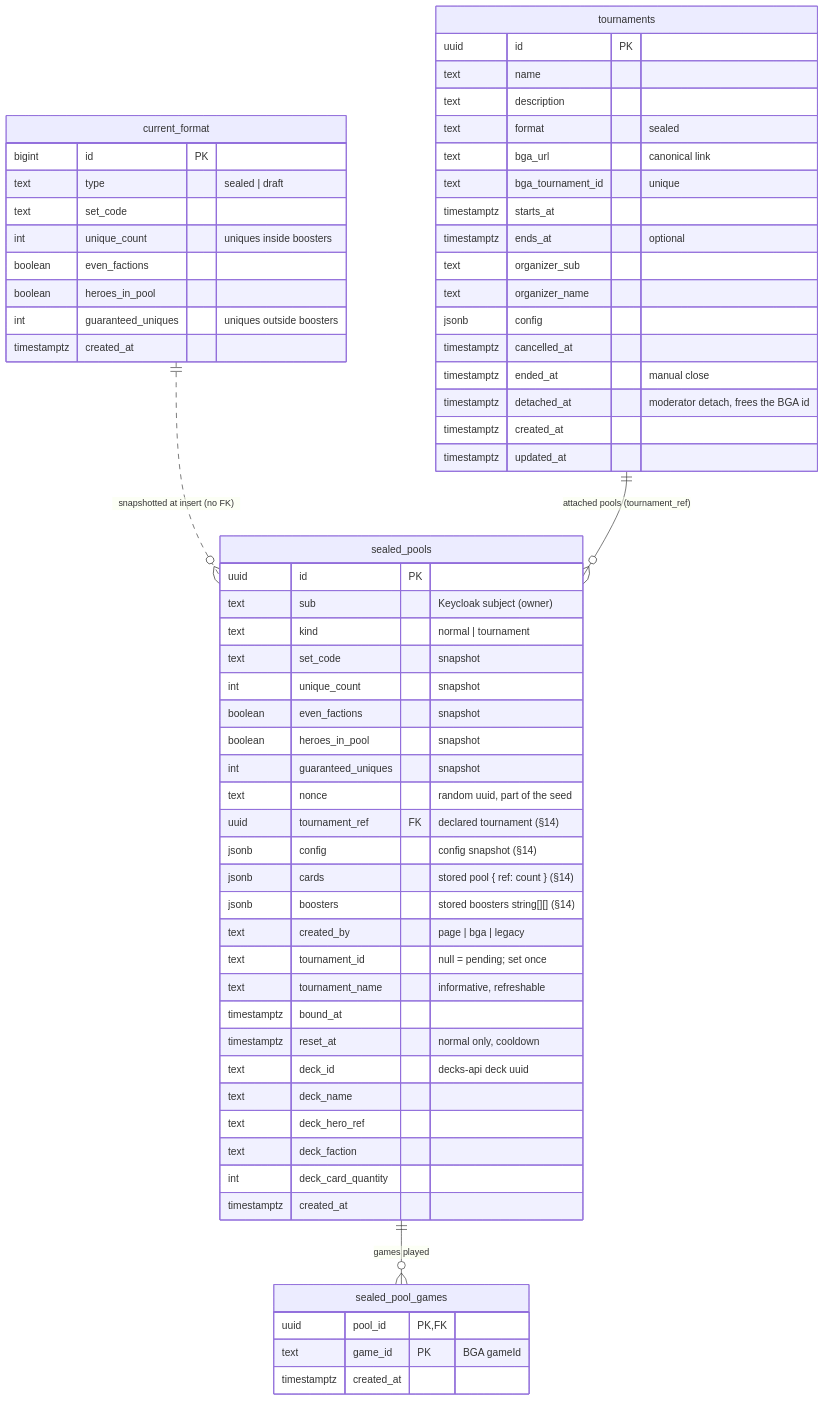
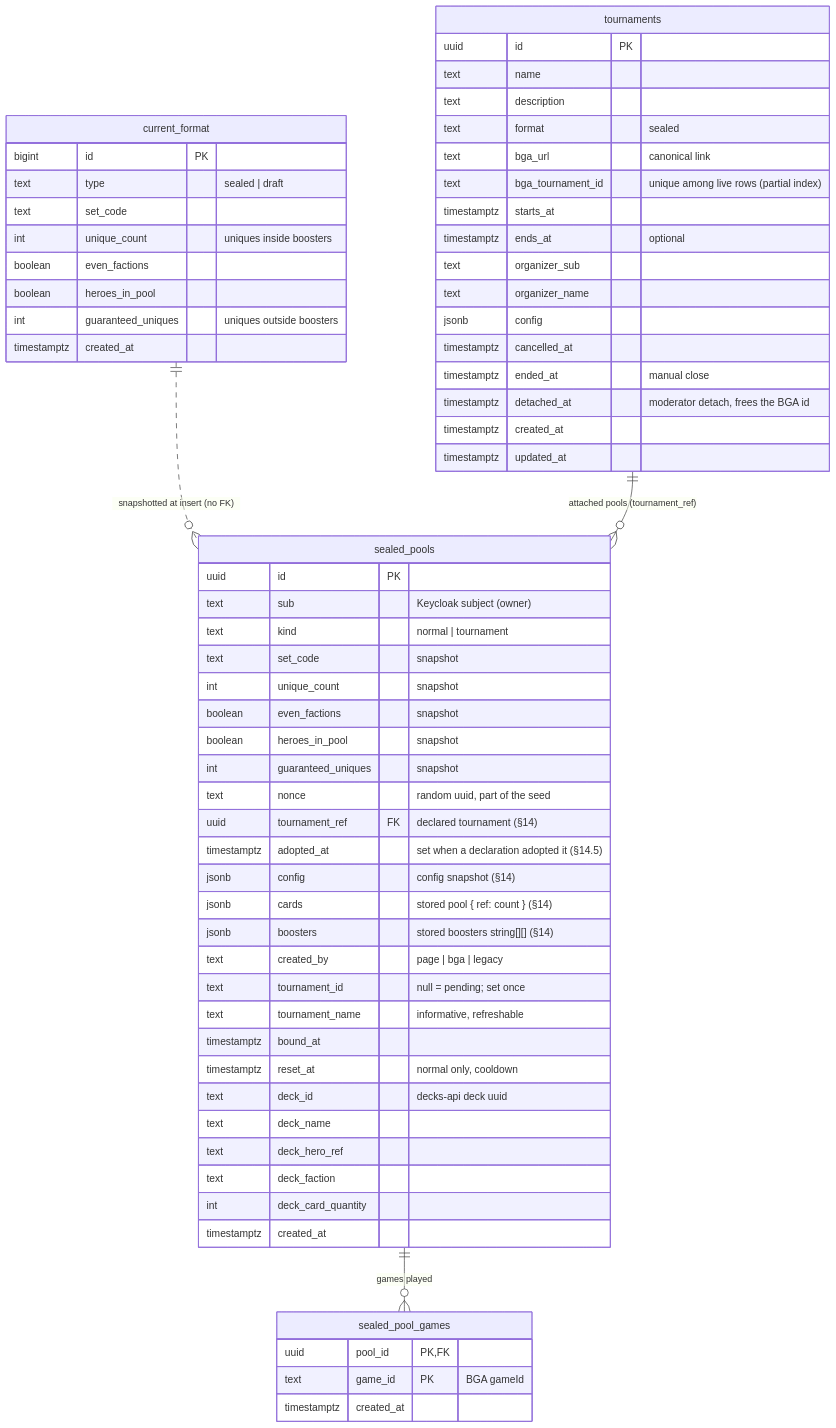
One commit to Altered-Re-Union/altered-draft changed the seventh of 7 diagrams in docs/tournaments/README.md. Above: the diagram before and after it, drawn with Mermaid. The commit also changed other lines of this file and 4 other files, not shown here.

````diff
--- a/docs/tournaments/README.md
+++ b/docs/tournaments/README.md
@@ -588,65 +599,66 @@
 ```mermaid
 erDiagram
   current_format {
     bigint id PK
     text type "sealed | draft"
     text set_code
     int unique_count "uniques inside boosters"
     boolean even_factions
     boolean heroes_in_pool
     int guaranteed_uniques "uniques outside boosters"
     timestamptz created_at
   }
   sealed_pools {
     uuid id PK
     text sub "Keycloak subject (owner)"
     text kind "normal | tournament"
     text set_code "snapshot"
     int unique_count "snapshot"
     boolean even_factions "snapshot"
     boolean heroes_in_pool "snapshot"
     int guaranteed_uniques "snapshot"
     text nonce "random uuid, part of the seed"
     uuid tournament_ref FK "declared tournament (§14)"
+    timestamptz adopted_at "set when a declaration adopted it (§14.5)"
     jsonb config "config snapshot (§14)"
     jsonb cards "stored pool { ref: count } (§14)"
     jsonb boosters "stored boosters string[][] (§14)"
     text created_by "page | bga | legacy"
     text tournament_id "null = pending; set once"
     text tournament_name "informative, refreshable"
     timestamptz bound_at
     timestamptz reset_at "normal only, cooldown"
     text deck_id "decks-api deck uuid"
     text deck_name
     text deck_hero_ref
     text deck_faction
     int deck_card_quantity
     timestamptz created_at
   }
   tournaments {
     uuid id PK
     text name
     text description
     text format "sealed"
     text bga_url "canonical link"
-    text bga_tournament_id "unique"
+    text bga_tournament_id "unique among live rows (partial index)"
     timestamptz starts_at
     timestamptz ends_at "optional"
     text organizer_sub
     text organizer_name
     jsonb config
     timestamptz cancelled_at
     timestamptz ended_at "manual close"
     timestamptz detached_at "moderator detach, frees the BGA id"
     timestamptz created_at
     timestamptz updated_at
   }
   sealed_pool_games {
     uuid pool_id PK,FK
     text game_id PK "BGA gameId"
     timestamptz created_at
   }
   current_format ||..o{ sealed_pools : "snapshotted at insert (no FK)"
   sealed_pools ||--o{ sealed_pool_games : "games played"
   tournaments ||--o{ sealed_pools : "attached pools (tournament_ref)"
 ```
````
